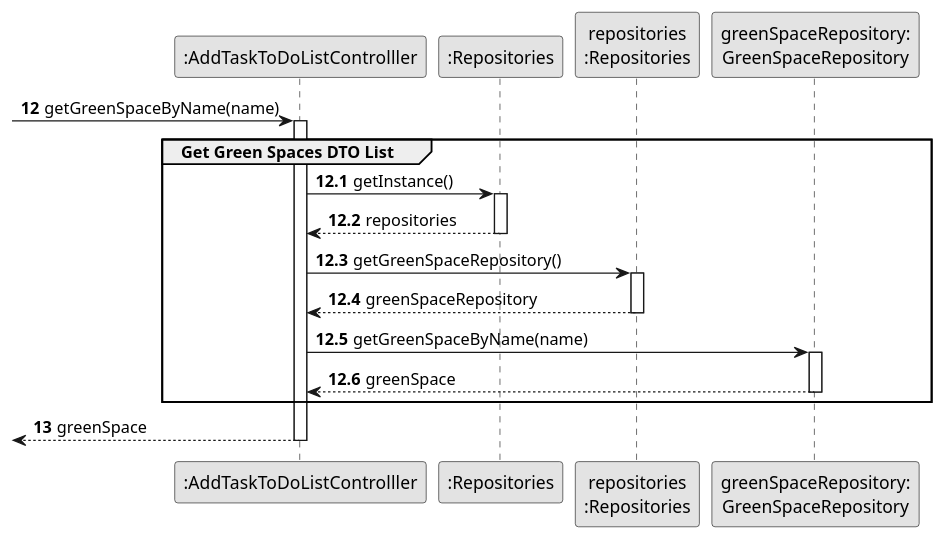
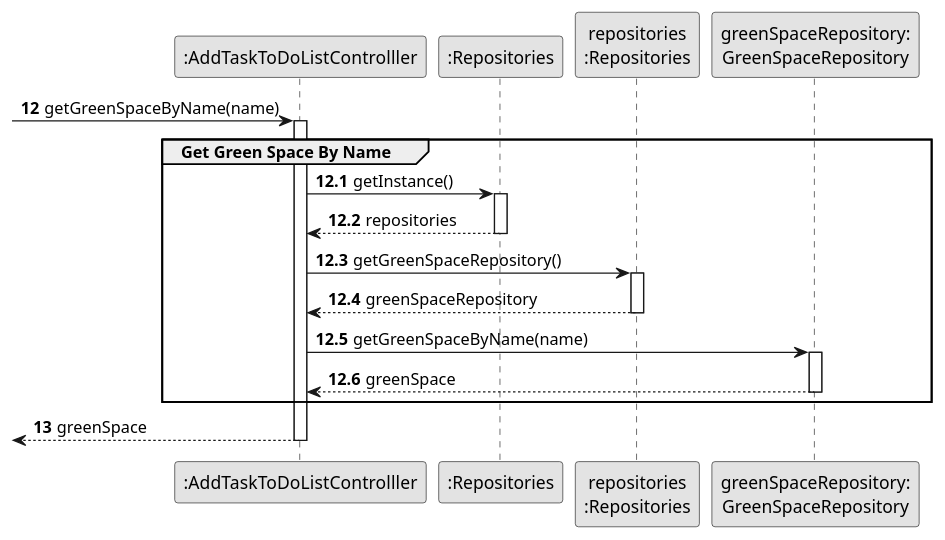
One commit to daniel41silva05/ISEP_2023_2024_LAPR2 changed the diagram in docs/sprintA&B&C/us021/03.design/puml/us021-sequence-diagram-partial-get-green-space-by-name.puml. Above: the diagram before and after it, drawn with PlantUML. The commit also changed 6 other files, not shown here.

```diff
--- a/docs/sprintA&B&C/us021/03.design/puml/us021-sequence-diagram-partial-get-green-space-by-name.puml
+++ b/docs/sprintA&B&C/us021/03.design/puml/us021-sequence-diagram-partial-get-green-space-by-name.puml
@@ -1,45 +1,45 @@
 @startuml
 skinparam monochrome true
 skinparam packageStyle rectangle
 skinparam shadowing false
 
 autonumber
 
 'hide footbox
 
 participant ":AddTaskToDoListControlller" as CTRL
 participant ":Repositories" as REP
 participant "repositories\n:Repositories" as REPS
 participant "greenSpaceRepository:\nGreenSpaceRepository" as greenSpaceREP
 
 autonumber 12
 
  -> CTRL : getGreenSpaceByName(name)
 autonumber 12.1
 activate CTRL
-    group Get Green Spaces DTO List
+    group Get Green Space By Name
 
             CTRL -> REP : getInstance()
             activate REP
 
             REP --> CTRL: repositories
             deactivate REP
 
             CTRL -> REPS : getGreenSpaceRepository()
             activate REPS
 
             REPS --> CTRL: greenSpaceRepository
             deactivate REPS
 
             CTRL -> greenSpaceREP: getGreenSpaceByName(name)
             activate greenSpaceREP
 
             greenSpaceREP --> CTRL : greenSpace
             deactivate greenSpaceREP
 
     end
     autonumber 13
     <-- CTRL  : greenSpace
 deactivate CTRL
 
 @enduml
```
